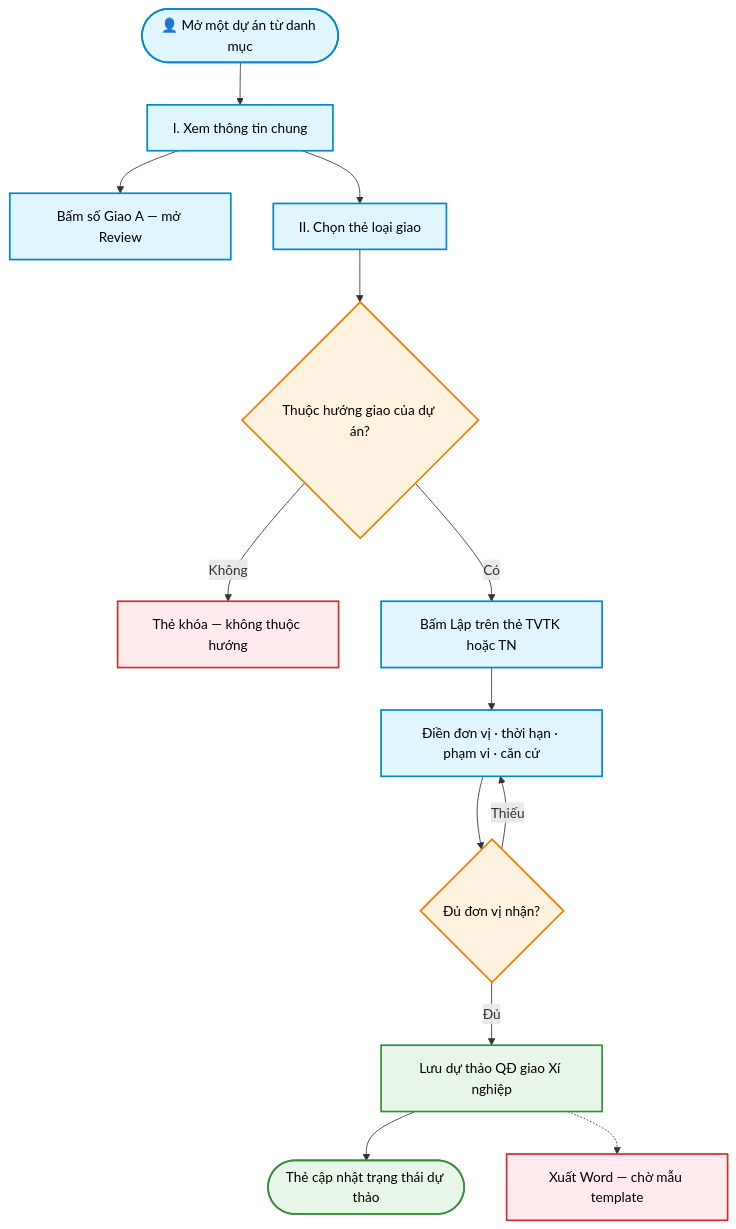
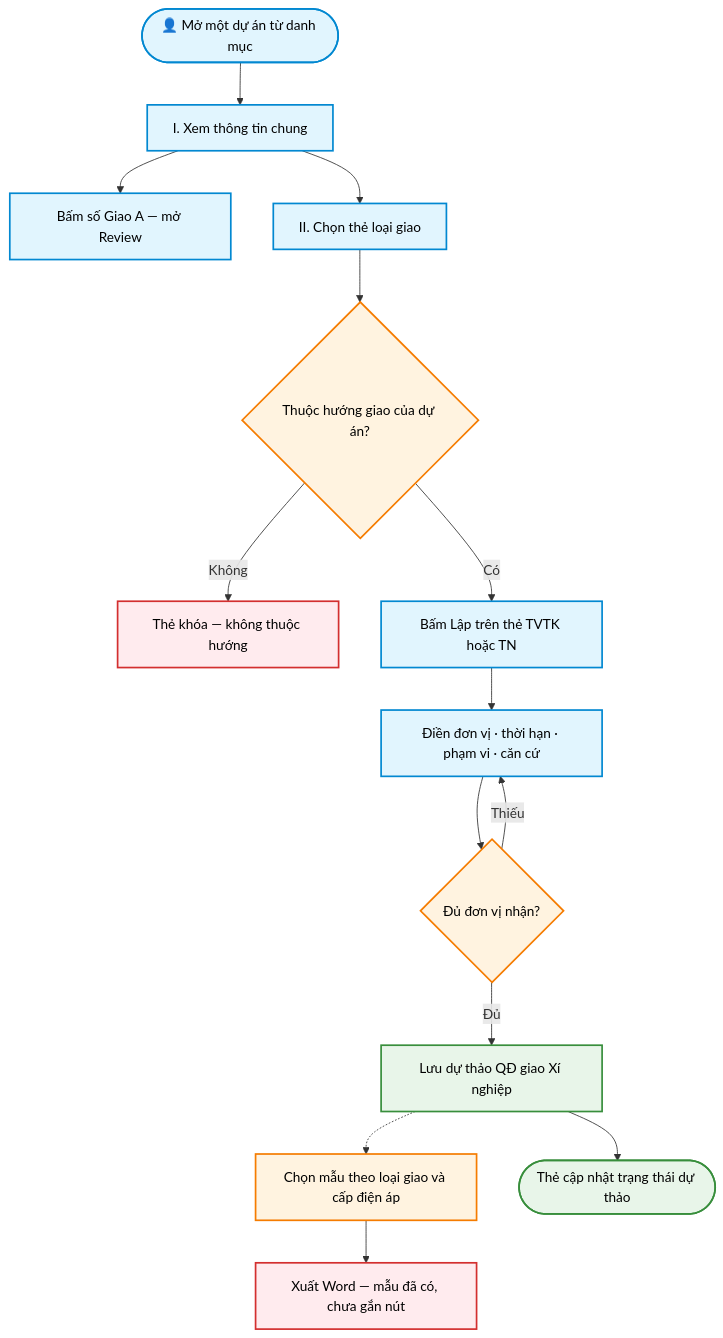
Before and after one commit to iSurvey86/gnvnpsc: the diagram in workflows/02_giao_nhiem_vu.md, drawn with Mermaid. The commit also changed other lines of this file and 9 other files, not shown here.

First line of the commit message:
Đóng phiên: ổn định Vercel/Git, thêm 3 mẫu Word và cập nhật HANDOFF.

````diff
--- a/workflows/02_giao_nhiem_vu.md
+++ b/workflows/02_giao_nhiem_vu.md
@@ -8,35 +8,36 @@
 ```mermaid
 flowchart TD
   classDef userClass fill:#E1F5FE,stroke:#0288D1,stroke-width:2px,color:#000
   classDef processClass fill:#FFF3E0,stroke:#F57C00,stroke-width:2px,color:#000
   classDef aiClass fill:#F3E5F5,stroke:#8E24AA,stroke-width:2px,color:#000
   classDef dbClass fill:#E8F5E9,stroke:#388E3C,stroke-width:2px,color:#000
   classDef exportClass fill:#FFEBEE,stroke:#D32F2F,stroke-width:2px,color:#000
 
   Open(["👤 Mở một dự án từ danh mục"])
   Info["I. Xem thông tin chung"]
   LinkA["Bấm số Giao A — mở Review"]
   Sec2["II. Chọn thẻ loại giao"]
   Allow{"Thuộc hướng giao của dự án?"}
   Block["Thẻ khóa — không thuộc hướng"]
   Lap["Bấm Lập trên thẻ TVTK hoặc TN"]
   Form["Điền đơn vị · thời hạn · phạm vi · căn cứ"]
   Valid{"Đủ đơn vị nhận?"}
   Save["Lưu dự thảo QĐ giao Xí nghiệp"]
-  Word["Xuất Word — chờ mẫu template"]
+  Pick["Chọn mẫu theo loại giao và cấp điện áp"]
+  Word["Xuất Word — mẫu đã có, chưa gắn nút"]
   End(["Thẻ cập nhật trạng thái dự thảo"])
 
   Open --> Info
   Info --> LinkA
   Info --> Sec2 --> Allow
   Allow -->|Không| Block
   Allow -->|Có| Lap --> Form --> Valid
   Valid -->|Thiếu| Form
   Valid -->|Đủ| Save --> End
-  Save -.-> Word
+  Save -.-> Pick --> Word
 
   class Open,Info,LinkA,Sec2,Lap,Form userClass
-  class Allow,Valid processClass
+  class Allow,Valid,Pick processClass
   class Save,End dbClass
   class Block,Word exportClass
 ```
````
